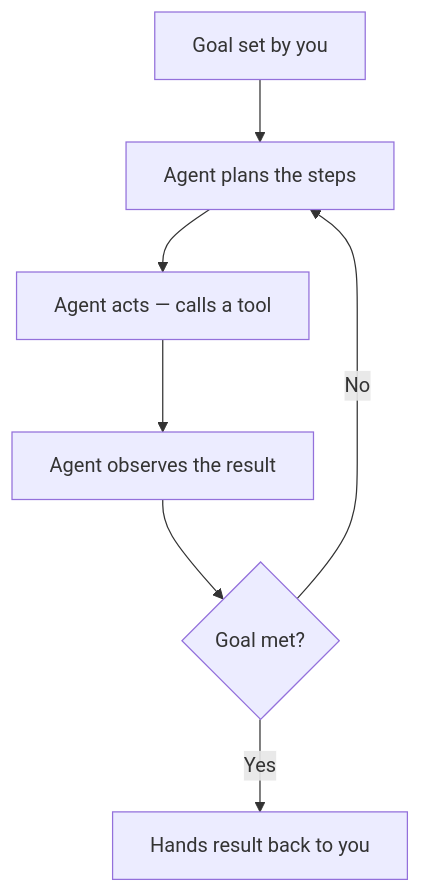
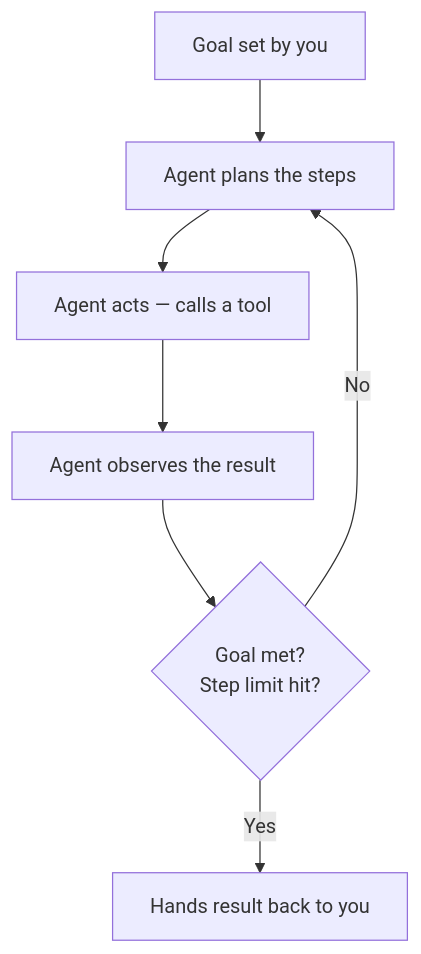
One commit to AutoNateAI/roblox-gamelab-2 changed the second of 2 diagrams in apps/marketplace/content/tutorials/civics-and-agentic-ai/01-what-is-an-agentic-system.md. Above: the diagram before and after it, drawn with Mermaid. The commit also changed other lines of this file and 130 other files, not shown here.

````diff
--- a/apps/marketplace/content/tutorials/civics-and-agentic-ai/01-what-is-an-agentic-system.md
+++ b/apps/marketplace/content/tutorials/civics-and-agentic-ai/01-what-is-an-agentic-system.md
@@ -48,9 +80,9 @@
 ```mermaid
 flowchart TD
   Goal["Goal set by you"] --> Plan["Agent plans the steps"]
   Plan --> Act["Agent acts — calls a tool"]
   Act --> Observe["Agent observes the result"]
-  Observe --> Done{"Goal met?"}
+  Observe --> Done{"Goal met?<br/>Step limit hit?"}
   Done -- No --> Plan
   Done -- Yes --> Finish["Hands result back to you"]
 ```
````
